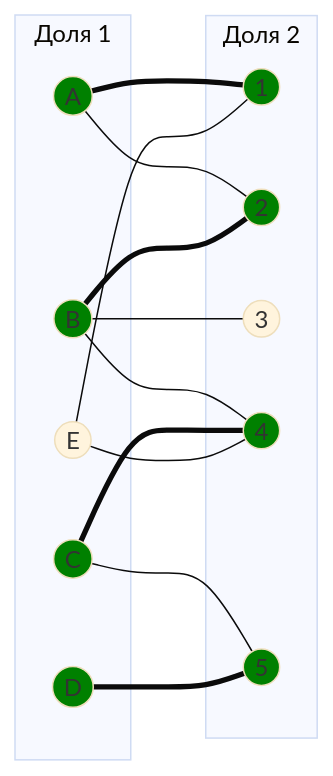
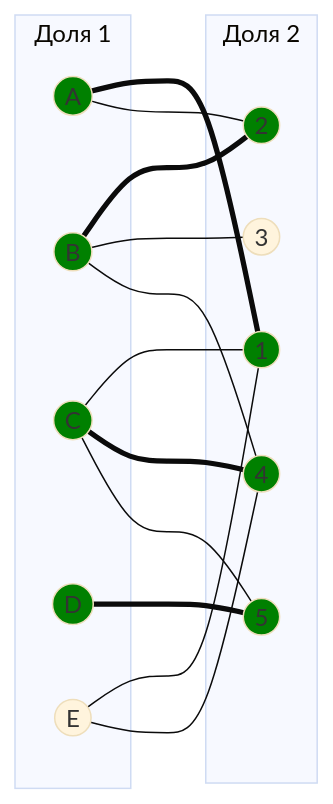
Before and after one commit to algos-ris-24-3/manual-tasks: diagram 11 of 14 in Задание 8/syndicate.md, drawn with Mermaid (base theme). The commit also changed other lines of this file, not shown here.

````diff
--- a/Задание 8/syndicate.md
+++ b/Задание 8/syndicate.md
@@ -451,36 +451,37 @@
 ```mermaid
 graph LR
     subgraph "Доля 1"
         A((A))
         B((B))
         C((C))
         D((D))
         E((E))
     end
     subgraph "Доля 2"
         1((1))
         2((2))
         3((3))
         4((4))
         5((5))
     end
     A === 1
     A --- 2
     B === 2
     B --- 3
     B --- 4
+    C --- 1
     C === 4
     C --- 5
     D === 5
     E --- 1
     E --- 4
 
     style A fill:#008000
     style B fill:#008000
     style C fill:#008000
     style D fill:#008000
     style 1 fill:#008000
     style 2 fill:#008000
     style 4 fill:#008000
     style 5 fill:#008000
 ```
````
